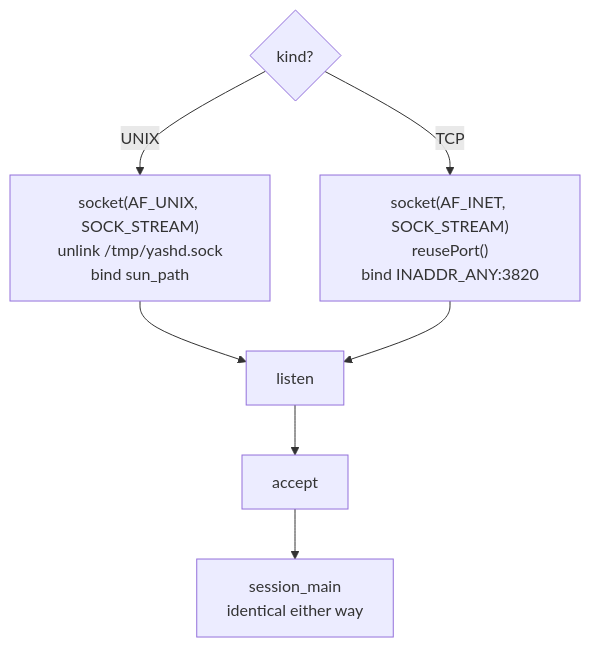
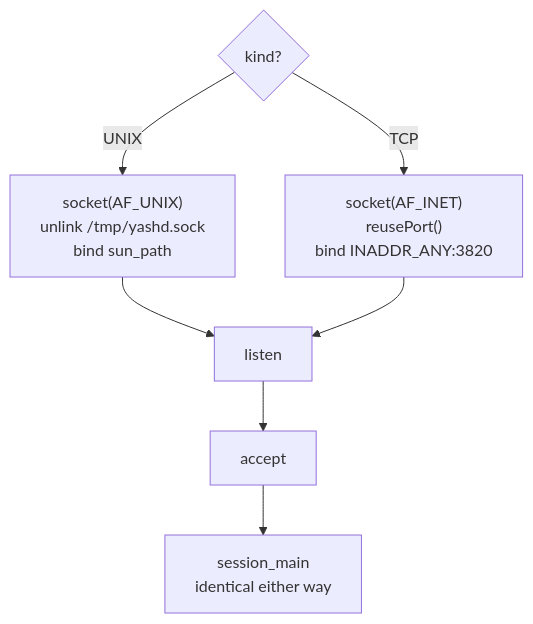
One commit to P-wig/System-prog changed the second of 3 diagrams in Project 2/DESIGN.md. Above: the diagram before and after it, drawn with Mermaid. The commit also changed other lines of this file and 3 other files, not shown here.

````diff
--- a/Project 2/DESIGN.md
+++ b/Project 2/DESIGN.md
@@ -84,9 +115,9 @@
 ```mermaid
 flowchart TD
-    K{kind?} -->|UNIX| U["socket(AF_UNIX, SOCK_STREAM)<br/>unlink /tmp/yashd.sock<br/>bind sun_path"]
-    K -->|TCP| T["socket(AF_INET, SOCK_STREAM)<br/>reusePort()<br/>bind INADDR_ANY:3820"]
+    K{kind?} -->|UNIX| U["socket(AF_UNIX)<br/>unlink /tmp/yashd.sock<br/>bind sun_path"]
+    K -->|TCP| T["socket(AF_INET)<br/>reusePort()<br/>bind INADDR_ANY:3820"]
     U --> L[listen]
     T --> L
     L --> A[accept]
-    A --> S[session_main<br/>identical either way]
+    A --> S["session_main<br/>identical either way"]
 ```
````
